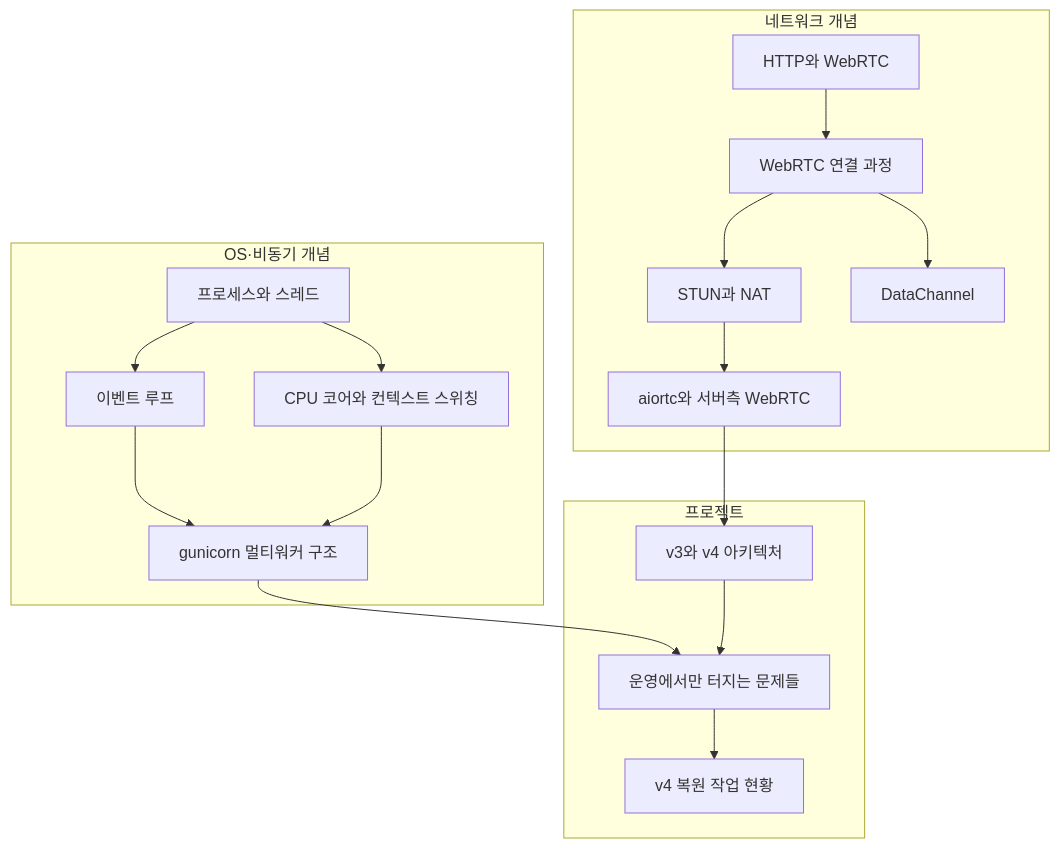
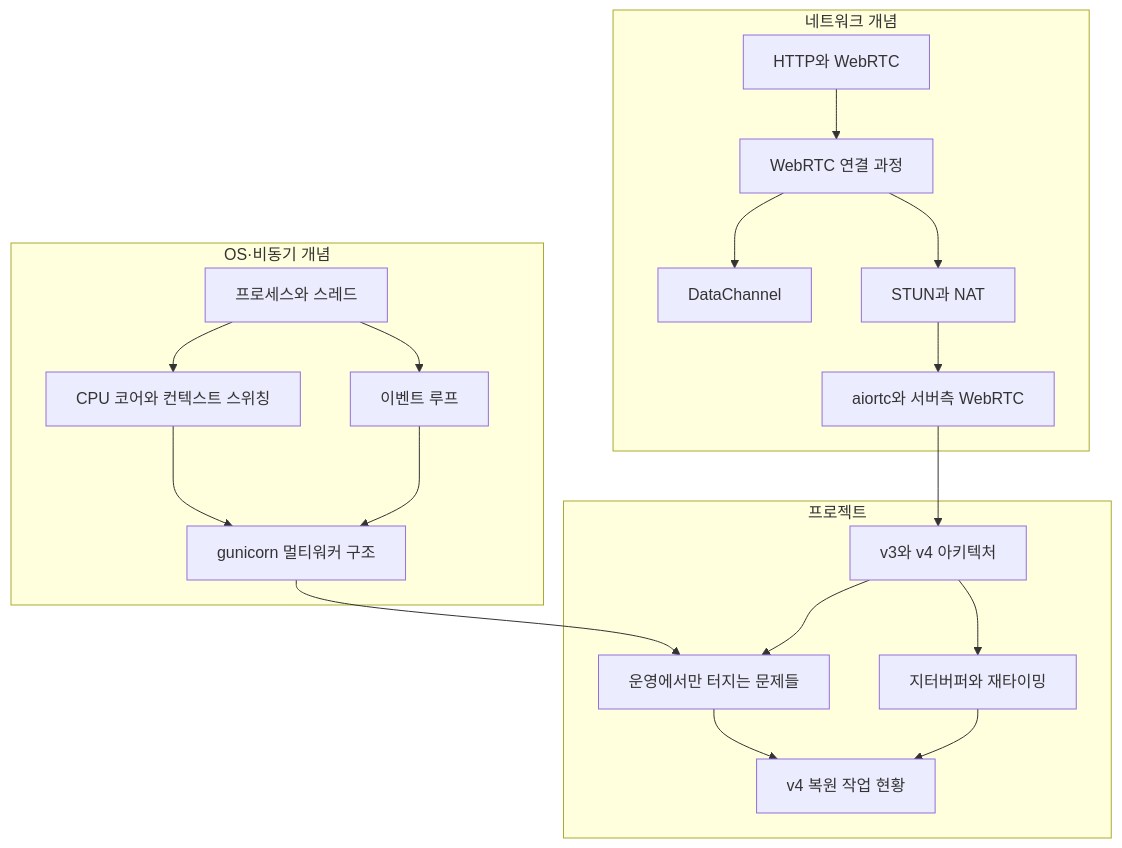
The diagram in 학습노트/음성채팅과 네트워크/00 학습 지도 (MOC).md (yeotaeho/asadal_obsidian), drawn with Mermaid before and after one commit. The commit also changed other lines of this file and 17 other files, not shown here.

````diff
--- a/학습노트/음성채팅과 네트워크/00 학습 지도 (MOC).md
+++ b/학습노트/음성채팅과 네트워크/00 학습 지도 (MOC).md
@@ -13,30 +13,32 @@
 ```mermaid
 flowchart TB
     subgraph NET["네트워크 개념"]
         HTTP["HTTP와 WebRTC"]
         CONN["WebRTC 연결 과정"]
         STUN["STUN과 NAT"]
         DC["DataChannel"]
         AIORTC["aiortc와 서버측 WebRTC"]
     end
     subgraph OS["OS·비동기 개념"]
         EL["이벤트 루프"]
         PT["프로세스와 스레드"]
         CPU["CPU 코어와 컨텍스트 스위칭"]
         GU["gunicorn 멀티워커 구조"]
     end
     subgraph PRJ["프로젝트"]
         ARCH["v3와 v4 아키텍처"]
+        JIT["지터버퍼와 재타이밍"]
         OPS["운영에서만 터지는 문제들"]
         STAT["v4 복원 작업 현황"]
     end
     HTTP --> CONN --> STUN
     CONN --> DC
     STUN --> AIORTC
     PT --> EL & CPU
     EL --> GU
     CPU --> GU
     AIORTC --> ARCH
     GU --> OPS
+    ARCH --> JIT --> STAT
     ARCH --> OPS --> STAT
 ```
````
